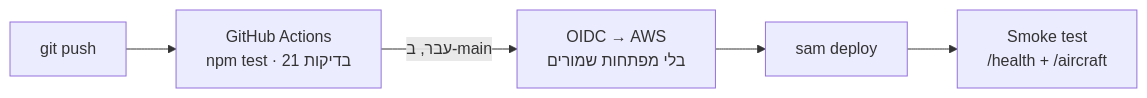
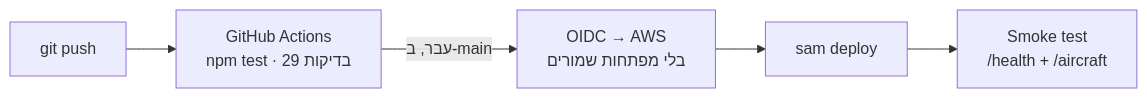
Before and after one commit to ackerme/natbag-monitor: the second of 2 diagrams in README.md, drawn with Mermaid. The commit also changed other lines of this file and 3 other files, not shown here.

````diff
--- a/README.md
+++ b/README.md
@@ -48,7 +48,7 @@
 ```mermaid
 flowchart LR
-    D[git push] --> T[GitHub Actions<br/>npm test · 21 בדיקות]
+    D[git push] --> T[GitHub Actions<br/>npm test · 29 בדיקות]
     T -->|עבר, ב-main| O[OIDC → AWS<br/>בלי מפתחות שמורים]
     O --> S[sam deploy]
     S --> H[Smoke test<br/>/health + /aircraft]
 ```
````
